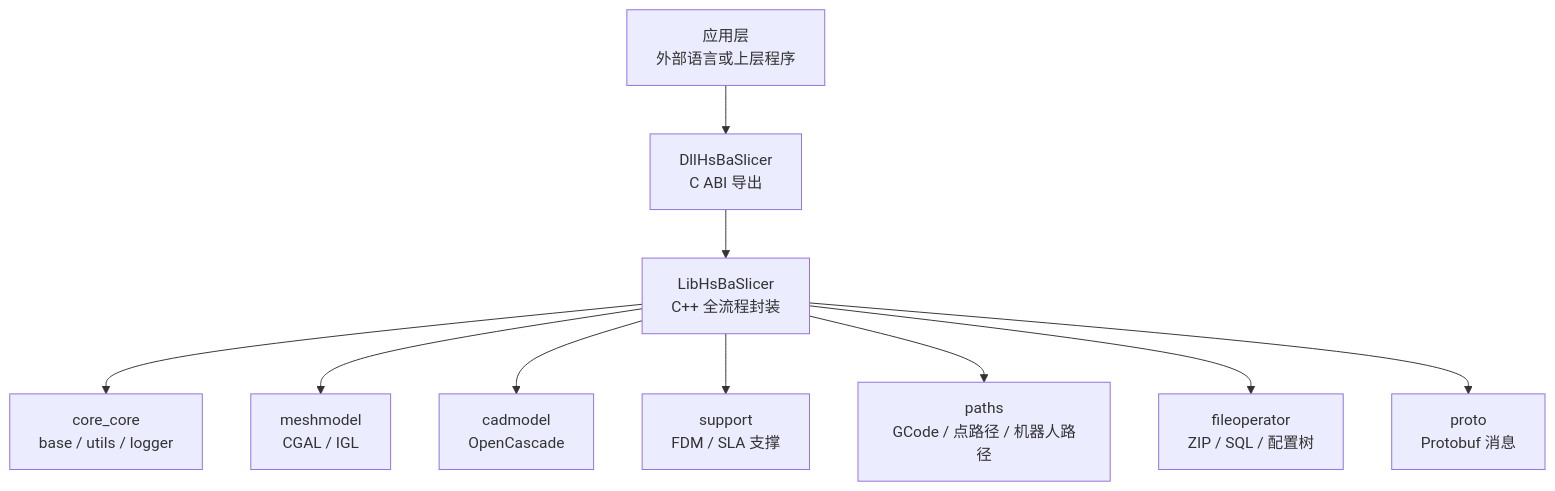
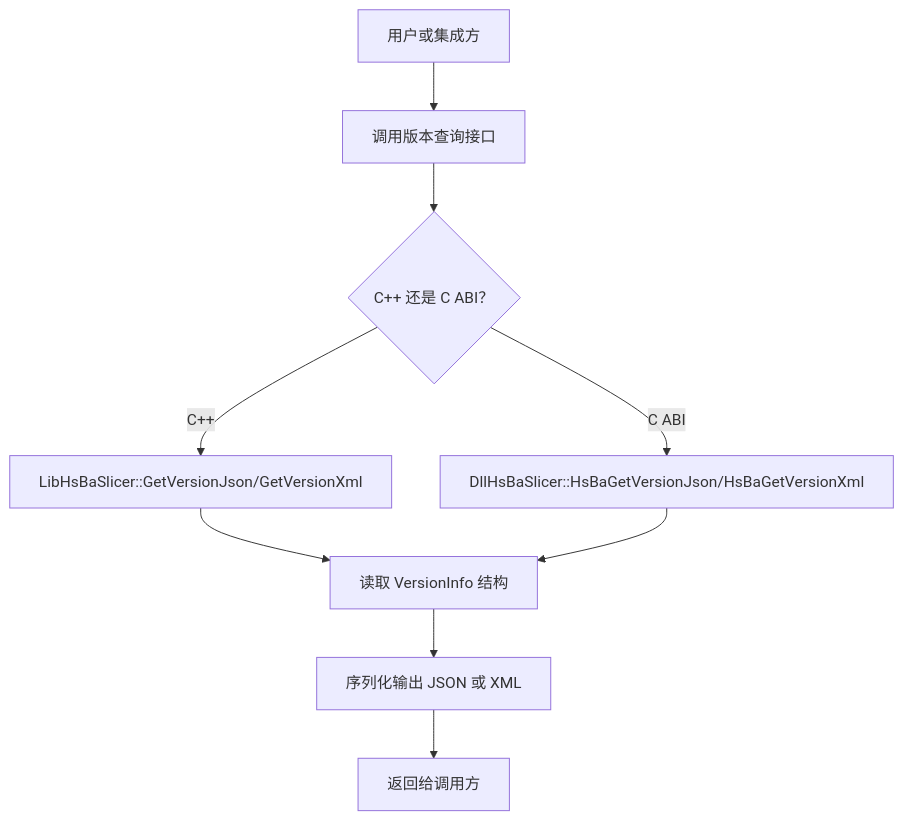
Before and after one commit to hsmbanlance/HsBaSlicer: the first of 6 diagrams in .qoder/repowiki/zh/content/附录.md, drawn with Mermaid. The commit also changed other lines of this file and 1135 other files, not shown here.

````diff
--- a/.qoder/repowiki/zh/content/附录.md
+++ b/.qoder/repowiki/zh/content/附录.md
@@ -60,12 +55,11 @@
 ```mermaid
-graph TB
-A["应用层<br/>外部语言或上层程序"] --> B["DllHsBaSlicer<br/>C ABI 导出"]
-B --> C["LibHsBaSlicer<br/>C++ 全流程封装"]
-C --> D["core_core<br/>base / utils / logger"]
-C --> E["meshmodel<br/>CGAL / IGL"]
-C --> F["cadmodel<br/>OpenCascade"]
-C --> G["support<br/>FDM / SLA 支撑"]
-C --> H["paths<br/>GCode / 点路径 / 机器人路径"]
-C --> I["fileoperator<br/>ZIP / SQL / 配置树"]
-C --> J["proto<br/>Protobuf 消息"]
+flowchart TD
+A["用户或集成方"] --> B["调用版本查询接口"]
+B --> C{"C++ 还是 C ABI？"}
+C --> |C++| D["LibHsBaSlicer::GetVersionJson/GetVersionXml"]
+C --> |C ABI| E["DllHsBaSlicer::HsBaGetVersionJson/HsBaGetVersionXml"]
+D --> F["读取 VersionInfo 结构"]
+E --> F
+F --> G["序列化输出 JSON 或 XML"]
+G --> H["返回给调用方"]
 ```
````
